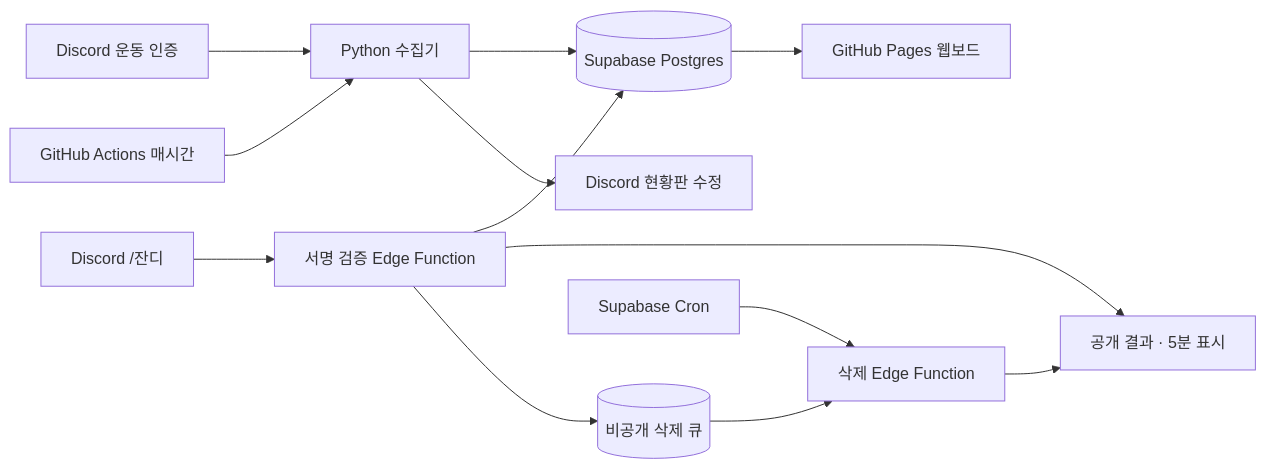
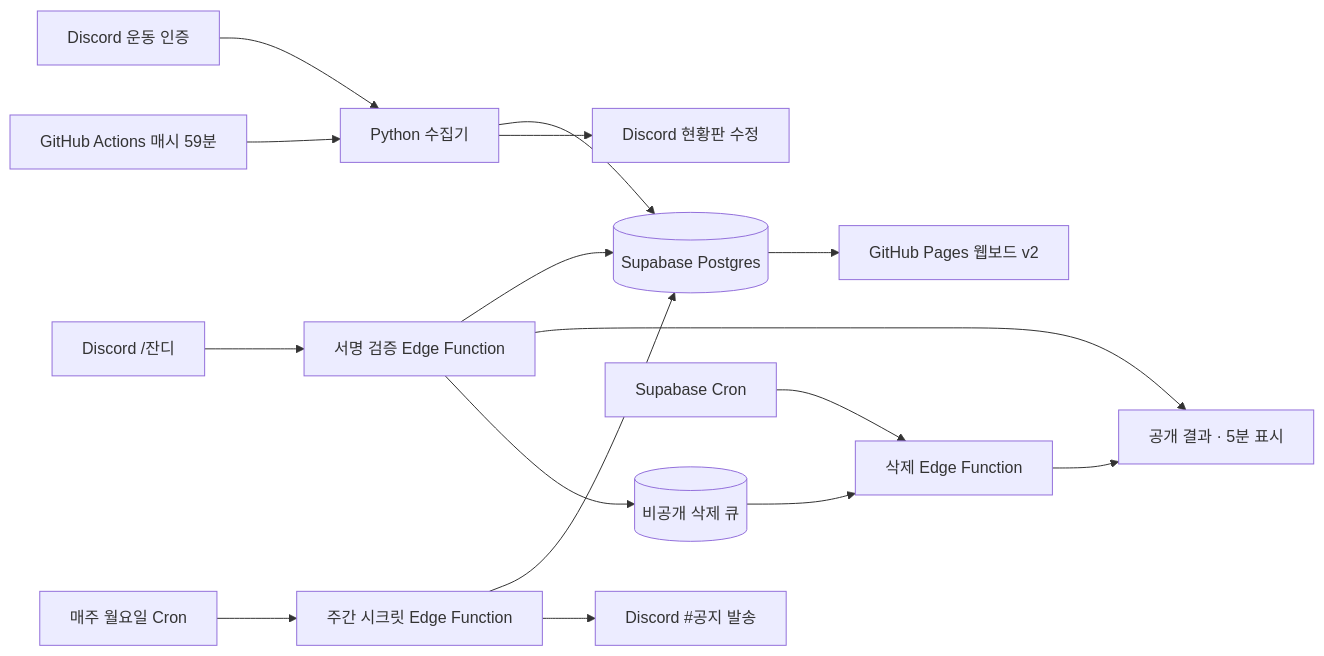
One commit to jinhoOps/solitary-athlete changed the diagram in ARCHITECTURE.md. Above: the diagram before and after it, drawn with Mermaid. The commit also changed other lines of this file and 2 other files, not shown here.

Commit message:
docs: record weekly secret code system, 14-day board and dashboard v2 architecture

````diff
--- a/ARCHITECTURE.md
+++ b/ARCHITECTURE.md
@@ -56,15 +55,18 @@
 ```mermaid
 flowchart LR
     A[Discord 운동 인증] --> B[Python 수집기]
-    C[GitHub Actions 매시간] --> B
+    C[GitHub Actions 매시 59분] --> B
     B --> D[(Supabase Postgres)]
     B --> E[Discord 현황판 수정]
     F[Discord /잔디] --> G[서명 검증 Edge Function]
     G --> D
     G --> H[공개 결과 · 5분 표시]
     G --> Q[(비공개 삭제 큐)]
     R[Supabase Cron] --> S[삭제 Edge Function]
     Q --> S
     S --> H
-    D --> W[GitHub Pages 웹보드]
+    K[매주 월요일 Cron] --> L[주간 시크릿 Edge Function]
+    L --> D
+    L --> M[Discord #공지 발송]
+    D --> W[GitHub Pages 웹보드 v2]
 ```
````
